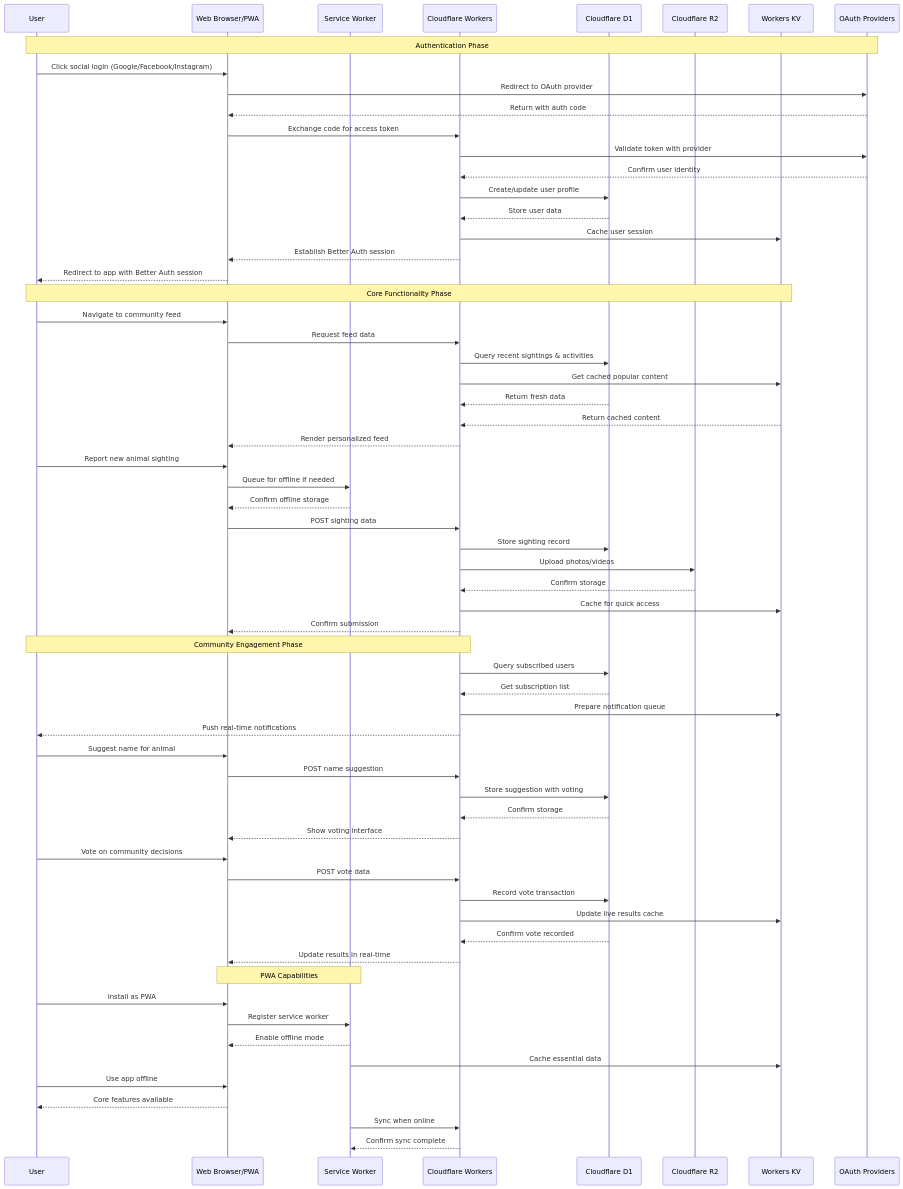
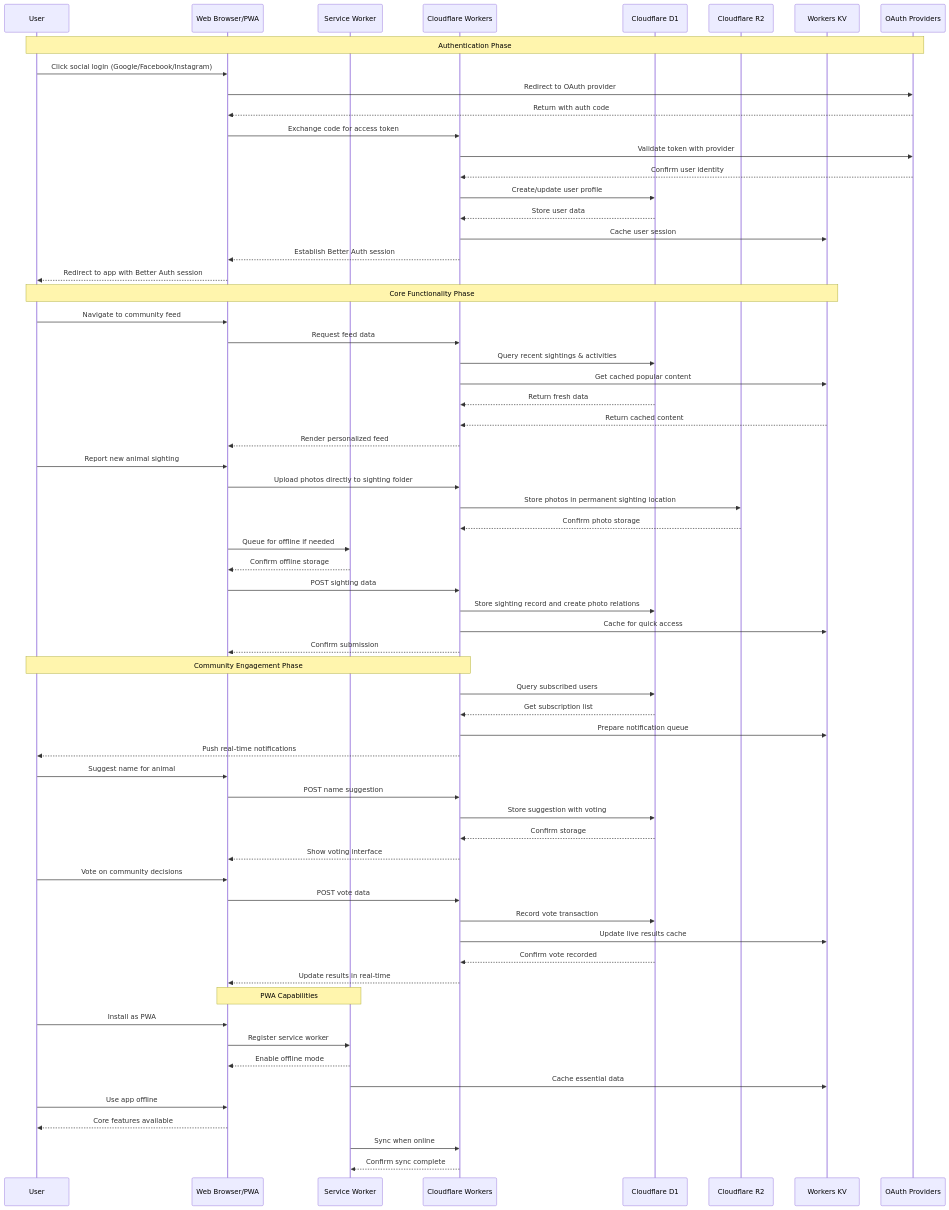
One commit to samuellie/stray-tracker changed the second of 7 diagrams in docs/architecture.md. Above: the diagram before and after it, drawn with Mermaid. The commit also changed other lines of this file and 44 other files, not shown here.

Commit message:
feat: implement stray animal tracking system with API endpoints, database schema updates, and UI components for reporting sightings

````diff
--- a/docs/architecture.md
+++ b/docs/architecture.md
@@ -77,72 +77,73 @@
 ```mermaid
 sequenceDiagram
     participant U as User
     participant W as Web Browser/PWA
     participant SW as Service Worker
     participant CF as Cloudflare Workers
     participant D1 as Cloudflare D1
     participant R2 as Cloudflare R2
     participant KV as Workers KV
     participant SP as OAuth Providers
 
     Note over U,SP: Authentication Phase
     U->>W: Click social login (Google/Facebook/Instagram)
     W->>SP: Redirect to OAuth provider
     SP-->>W: Return with auth code
     W->>CF: Exchange code for access token
     CF->>SP: Validate token with provider
     SP-->>CF: Confirm user identity
     CF->>D1: Create/update user profile
     D1-->>CF: Store user data
     CF->>KV: Cache user session
     CF-->>W: Establish Better Auth session
     W-->>U: Redirect to app with Better Auth session
 
     Note over U,KV: Core Functionality Phase
     U->>W: Navigate to community feed
     W->>CF: Request feed data
     CF->>D1: Query recent sightings & activities
     CF->>KV: Get cached popular content
     D1-->>CF: Return fresh data
     KV-->>CF: Return cached content
     CF-->>W: Render personalized feed
 
     U->>W: Report new animal sighting
+    W->>CF: Upload photos directly to sighting folder
+    CF->>R2: Store photos in permanent sighting location
+    R2-->>CF: Confirm photo storage
     W->>SW: Queue for offline if needed
     SW-->>W: Confirm offline storage
     W->>CF: POST sighting data
-    CF->>D1: Store sighting record
-    CF->>R2: Upload photos/videos
-    R2-->>CF: Confirm storage
+    CF->>D1: Store sighting record and create photo relations
     CF->>KV: Cache for quick access
     CF-->>W: Confirm submission
 
     Note over CF,U: Community Engagement Phase
     CF->>D1: Query subscribed users
     D1-->>CF: Get subscription list
     CF->>KV: Prepare notification queue
     CF-->>U: Push real-time notifications
 
     U->>W: Suggest name for animal
     W->>CF: POST name suggestion
     CF->>D1: Store suggestion with voting
     D1-->>CF: Confirm storage
     CF-->>W: Show voting interface
 
     U->>W: Vote on community decisions
     W->>CF: POST vote data
     CF->>D1: Record vote transaction
     CF->>KV: Update live results cache
     D1-->>CF: Confirm vote recorded
     CF-->>W: Update results in real-time
 
     Note over W,SW: PWA Capabilities
     U->>W: Install as PWA
     W->>SW: Register service worker
     SW-->>W: Enable offline mode
     SW->>KV: Cache essential data
     U->>W: Use app offline
     W-->>U: Core features available
     SW->>CF: Sync when online
     CF-->>SW: Confirm sync complete
 ```
````
